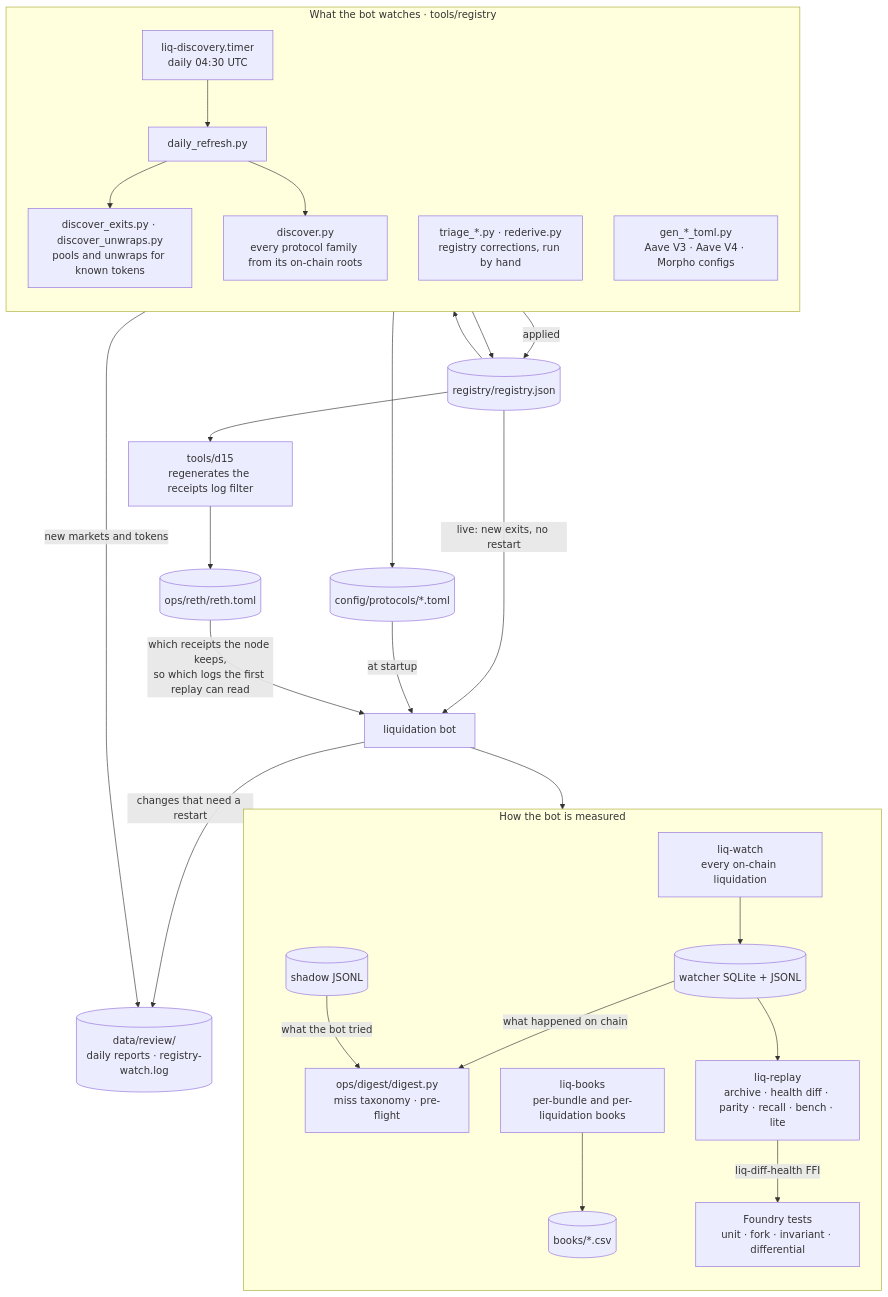
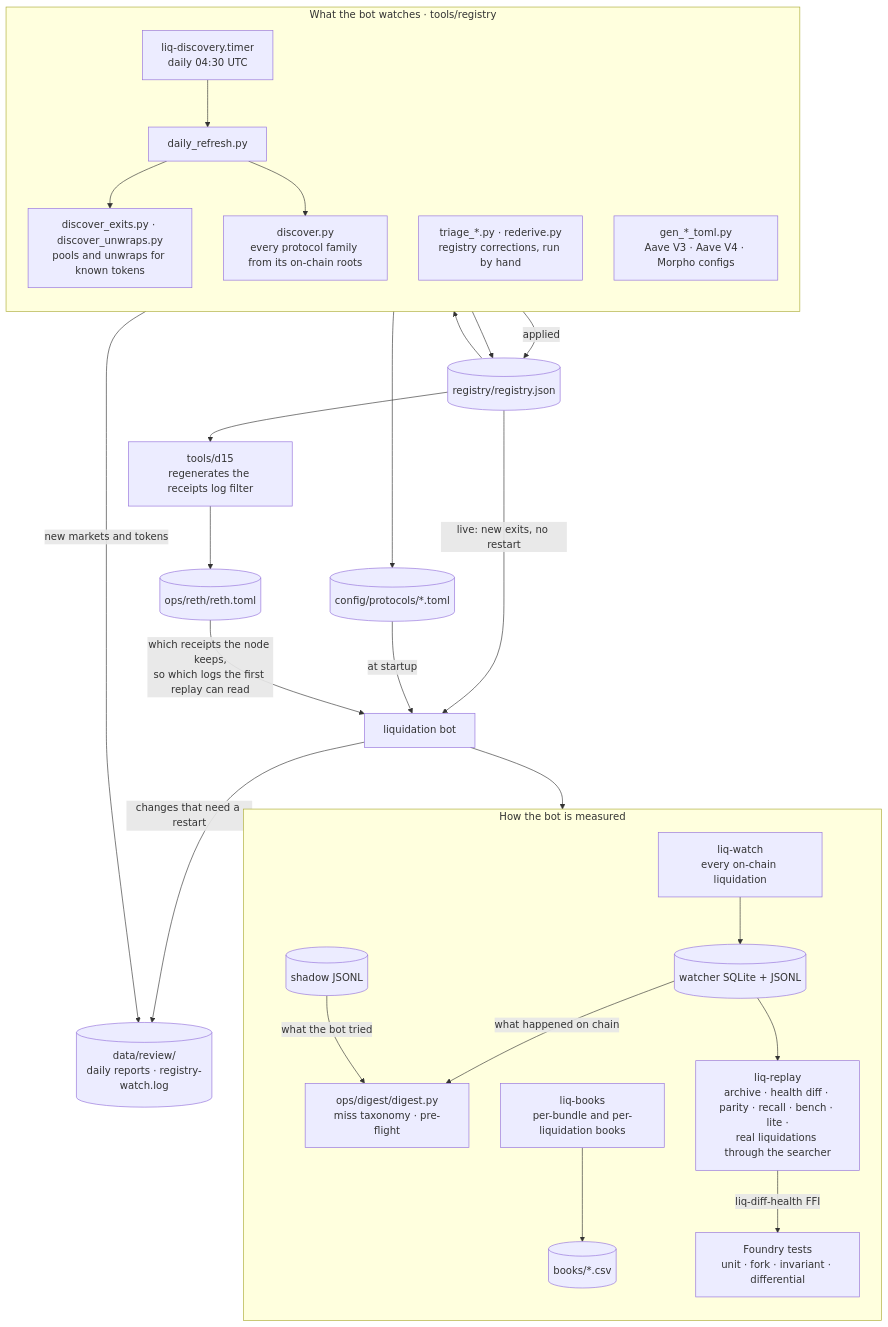
Before and after one commit to appCryptoCrucible/liquidation: the eighth of 9 diagrams in README.md, drawn with Mermaid. The commit also changed 240 other files, not shown here.

````diff
--- a/README.md
+++ b/README.md
@@ -362,51 +362,51 @@
 ```mermaid
 flowchart TB
     subgraph reg["What the bot watches · tools/registry"]
         direction TB
         TIMER["liq-discovery.timer<br/>daily 04:30 UTC"]
         DAILY["daily_refresh.py"]
         EXITS["discover_exits.py · discover_unwraps.py<br/>pools and unwraps for known tokens"]
         DISCO["discover.py<br/>every protocol family from its on-chain roots"]
         TRIAGE["triage_*.py · rederive.py<br/>registry corrections, run by hand"]
         GEN["gen_*_toml.py<br/>Aave V3 · Aave V4 · Morpho configs"]
         TIMER --> DAILY
         DAILY --> EXITS
         DAILY --> DISCO
     end
     REGJ[("registry/registry.json")]
     TOML[("config/protocols/*.toml")]
     REVIEW[("data/review/<br/>daily reports · registry-watch.log")]
     D15["tools/d15<br/>regenerates the receipts log filter"]
     RETHT[("ops/reth/reth.toml")]
     BOT["liquidation bot"]
 
     EXITS -->|"applied"| REGJ
     DISCO -->|"new markets and tokens"| REVIEW
     TRIAGE --> REGJ
     REGJ --> GEN --> TOML
     REGJ --> D15 --> RETHT
     REGJ -->|"live: new exits, no restart"| BOT
     BOT -->|"changes that need a restart"| REVIEW
     TOML -->|"at startup"| BOT
     RETHT -->|"which receipts the node keeps,<br/>so which logs the first replay can read"| BOT
 
     subgraph judge["How the bot is measured"]
         direction TB
         SHADOW[("shadow JSONL")]
         WATCH["liq-watch<br/>every on-chain liquidation"]
         WDB[("watcher SQLite + JSONL")]
         DIGEST["ops/digest/digest.py<br/>miss taxonomy · pre-flight"]
-        REPLAY["liq-replay<br/>archive · health diff · parity · recall · bench · lite"]
+        REPLAY["liq-replay<br/>archive · health diff · parity · recall · bench · lite ·<br/>real liquidations through the searcher"]
         FORGE["Foundry tests<br/>unit · fork · invariant · differential"]
         BOOKS["liq-books<br/>per-bundle and per-liquidation books"]
         CSV[("books/*.csv")]
     end
 
     BOT --> SHADOW
     SHADOW -->|"what the bot tried"| DIGEST
     WATCH --> WDB
     WDB -->|"what happened on chain"| DIGEST
     WDB --> REPLAY
     BOOKS --> CSV
     REPLAY -->|"liq-diff-health FFI"| FORGE
 ```
````
